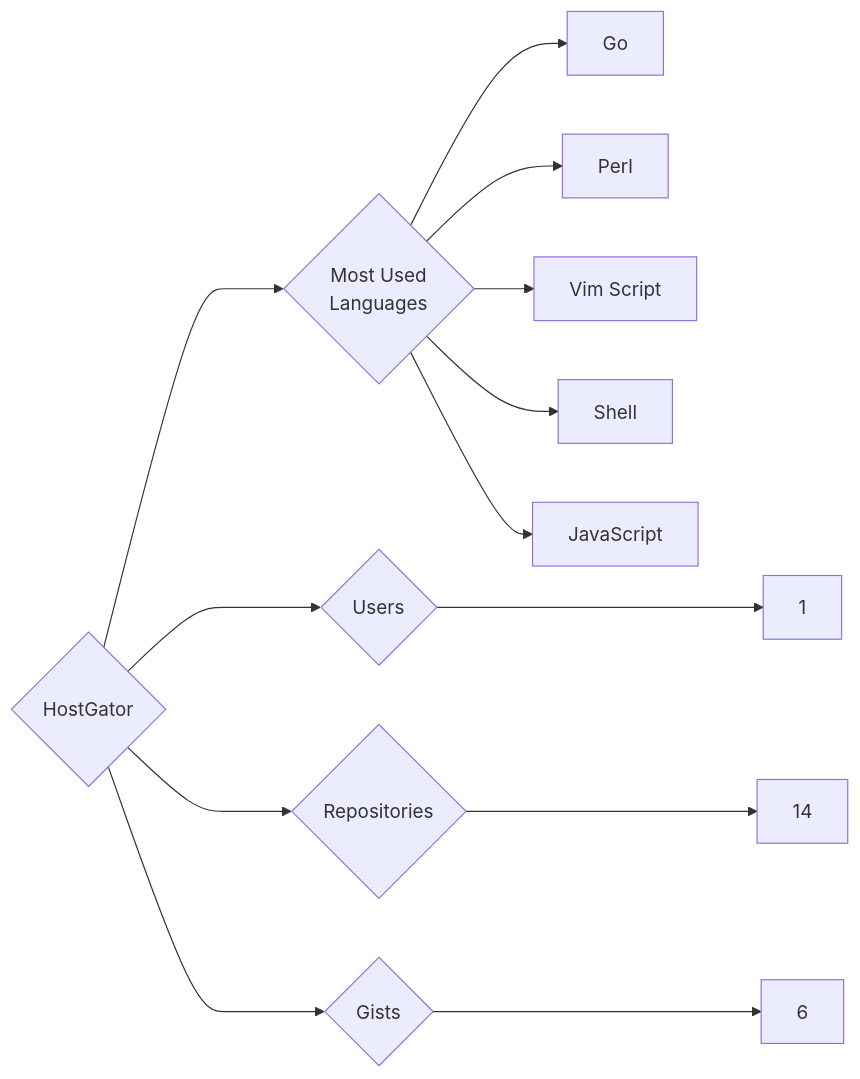
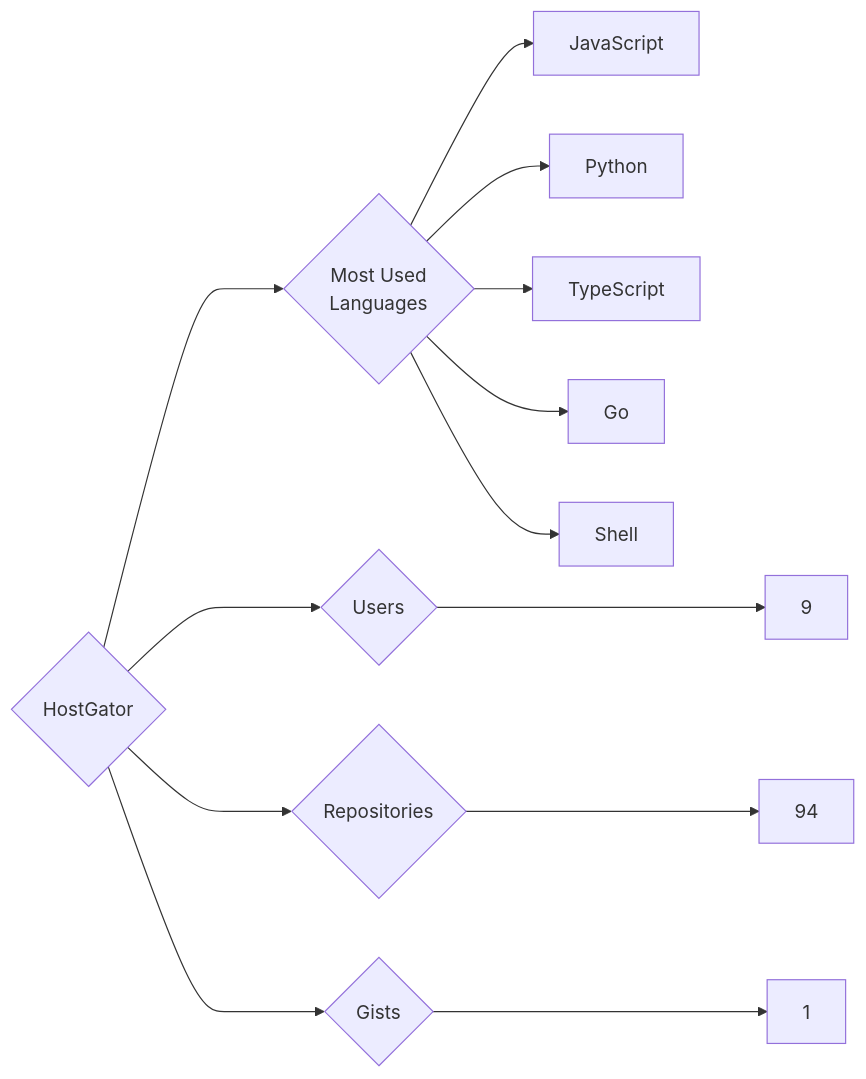
Before and after one commit to trickest/insiders: the diagram in targets/HostGator/README.md, drawn with Mermaid. The commit also changed 640 other files, not shown here.

````diff
--- a/targets/HostGator/README.md
+++ b/targets/HostGator/README.md
@@ -3,13 +3,13 @@
 ```mermaid
 graph LR
 COMPANY_NAME{HostGator}
-COMPANY_NAME ---> U{Users} ---> UN[1]
-COMPANY_NAME ---> R{Repositories} ---> RN[14]
-COMPANY_NAME ---> G{Gists} ---> GN[6]
+COMPANY_NAME ---> U{Users} ---> UN[9]
+COMPANY_NAME ---> R{Repositories} ---> RN[94]
+COMPANY_NAME ---> G{Gists} ---> GN[1]
 COMPANY_NAME ---> ML{Most Used<br>Languages}
+ML --> JavaScript[JavaScript]
+ML --> Python[Python]
+ML --> TypeScript[TypeScript]
 ML --> Go[Go]
-ML --> Perl[Perl]
-ML --> Vim_Script[Vim Script]
 ML --> Shell[Shell]
-ML --> JavaScript[JavaScript]
 ```
````
